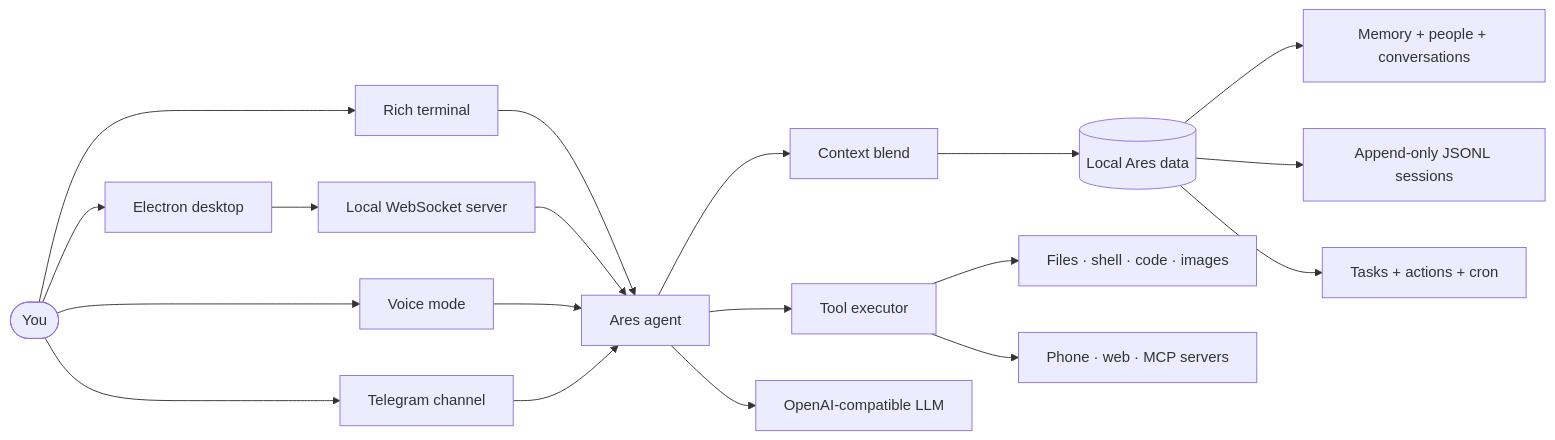
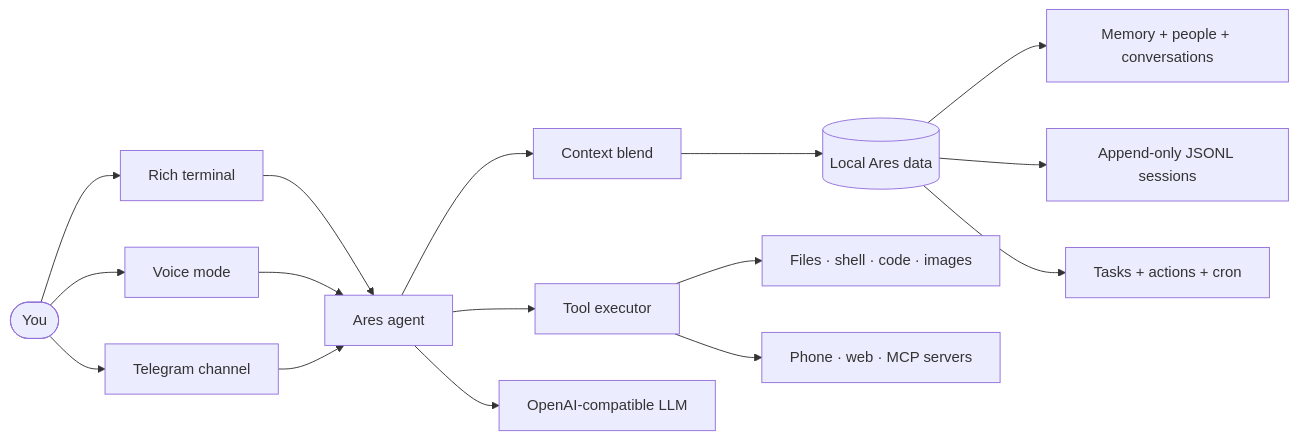
One commit to akyourowngames/friday changed the diagram in README.md. Above: the diagram before and after it, drawn with Mermaid. The commit also changed other lines of this file and 96 other files, not shown here.

````diff
--- a/README.md
+++ b/README.md
@@ -80,25 +62,22 @@
 ```mermaid
 flowchart LR
     User([You]) --> CLI[Rich terminal]
-    User --> Desktop[Electron desktop]
     User --> Voice[Voice mode]
     User --> Telegram[Telegram channel]
 
     CLI --> Agent[Ares agent]
-    Desktop --> Server[Local WebSocket server]
-    Server --> Agent
     Voice --> Agent
     Telegram --> Agent
 
     Agent --> Context[Context blend]
     Agent --> Tools[Tool executor]
     Agent --> LLM[OpenAI-compatible LLM]
 
     Context --> Data[(Local Ares data)]
     Data --> Facts[Memory + people + conversations]
     Data --> Sessions[Append-only JSONL sessions]
     Data --> Tasks[Tasks + actions + cron]
 
     Tools --> Local[Files · shell · code · images]
     Tools --> Bridges[Phone · web · MCP servers]
 ```
````
